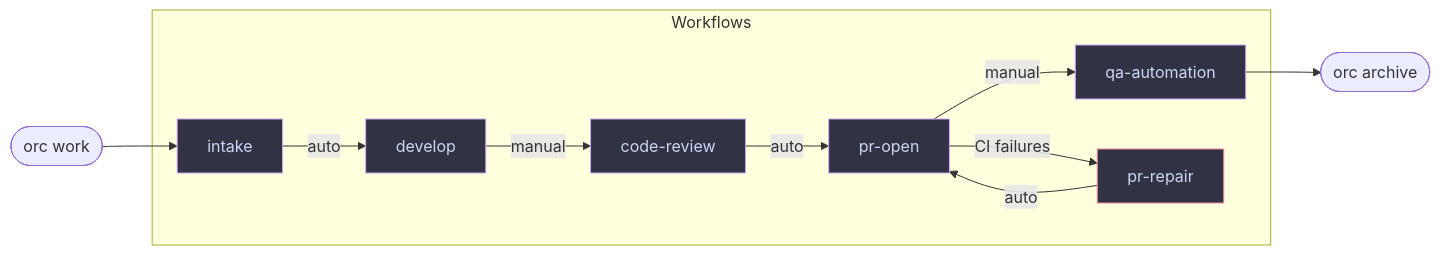
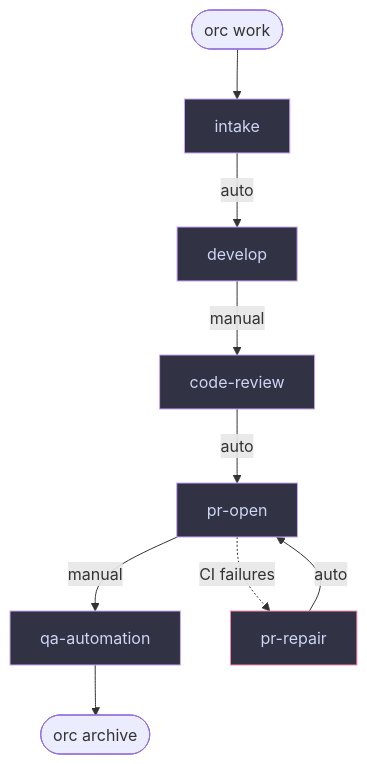
One commit to cengebretson/tmux-orc changed the first of 2 diagrams in README.md. Above: the diagram before and after it, drawn with Mermaid. The commit also changed other lines of this file, not shown here.

First line of the commit message:
readme: fix diagrams, update examples for interactive init, remove docs ref

````diff
--- a/README.md
+++ b/README.md
@@ -111,22 +118,20 @@
 ```mermaid
-flowchart LR
+flowchart TD
     W([orc work]) --> intake
 
-    subgraph Workflows
-        intake -->|auto| develop
-        develop -->|manual| code-review
-        code-review -->|auto| pr-open
-        pr-open -->|manual| qa-automation
-        pr-open -->|CI failures| pr-repair
-        pr-repair -->|auto| pr-open
-    end
+    intake -->|auto| develop
+    develop -->|manual| code-review
+    code-review -->|auto| pr-open
+    pr-open -->|manual| qa-automation
+    pr-open -.->|CI failures| pr-repair
+    pr-repair -->|auto| pr-open
 
     qa-automation --> A([orc archive])
 
     style intake fill:#313244,stroke:#cba6f7,color:#cdd6f4
     style develop fill:#313244,stroke:#cba6f7,color:#cdd6f4
     style code-review fill:#313244,stroke:#cba6f7,color:#cdd6f4
     style pr-open fill:#313244,stroke:#cba6f7,color:#cdd6f4
     style pr-repair fill:#313244,stroke:#f38ba8,color:#cdd6f4
     style qa-automation fill:#313244,stroke:#cba6f7,color:#cdd6f4
 ```
````
